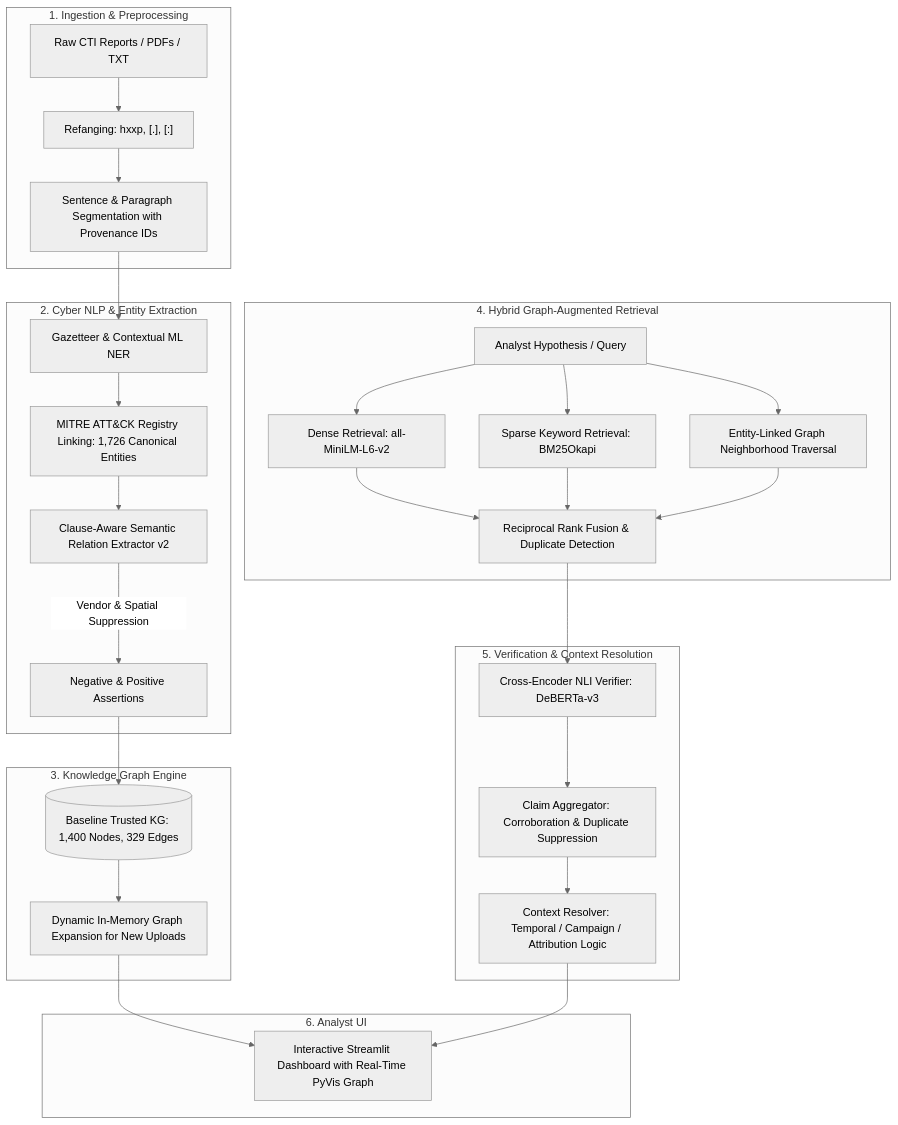
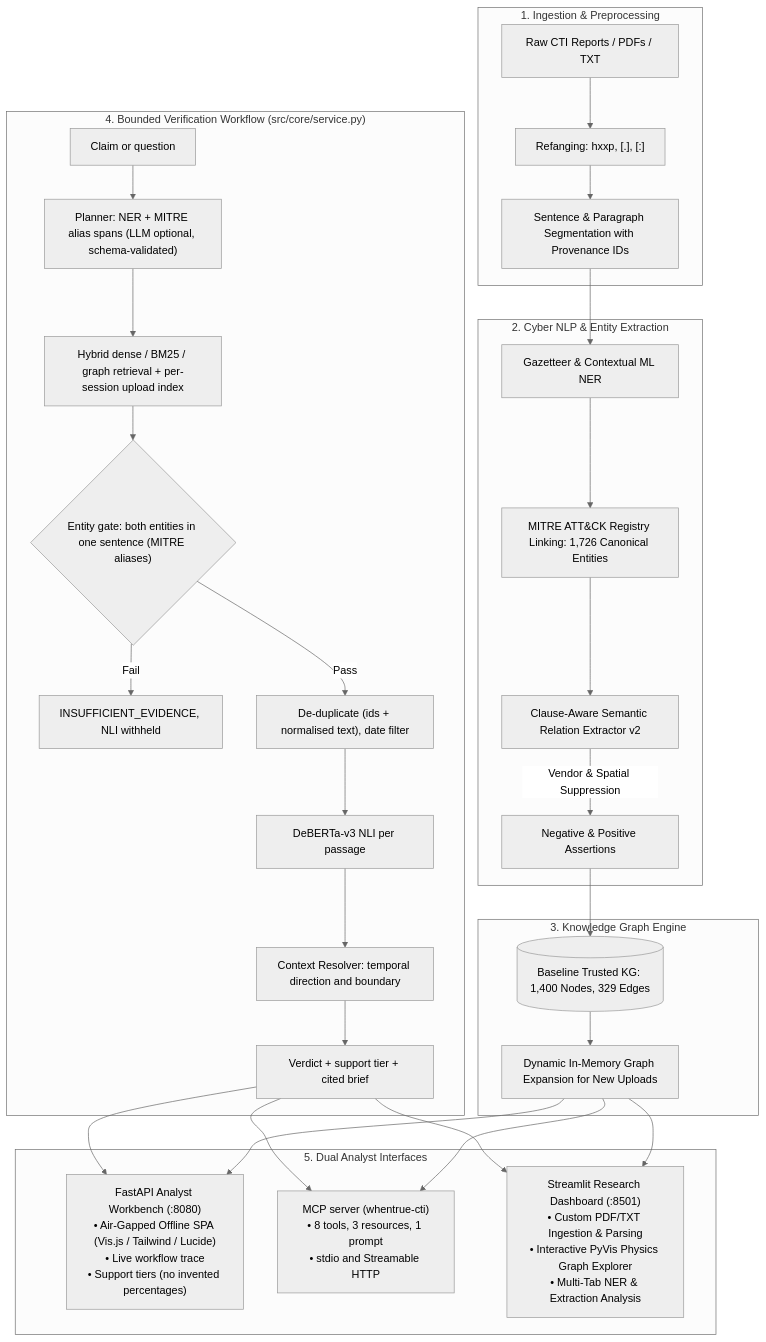
Before and after one commit to ashish-066/cyberrag: the diagram in README.md, drawn with Mermaid (neutral theme). The commit also changed other lines of this file and 74 other files, not shown here.

````diff
--- a/README.md
+++ b/README.md
@@ -30,36 +31,36 @@
 ```mermaid
 flowchart TD
     subgraph Ingestion ["1. Ingestion & Preprocessing"]
         A["Raw CTI Reports / PDFs / TXT"] --> B["Refanging: hxxp, [.], [:]"]
         B --> C["Sentence & Paragraph Segmentation with Provenance IDs"]
     end
 
     subgraph NLP ["2. Cyber NLP & Entity Extraction"]
         C --> D["Gazetteer & Contextual ML NER"]
         D --> E["MITRE ATT&CK Registry Linking: 1,726 Canonical Entities"]
         E --> F["Clause-Aware Semantic Relation Extractor v2"]
         F -->|Vendor & Spatial Suppression| G["Negative & Positive Assertions"]
     end
 
     subgraph KG ["3. Knowledge Graph Engine"]
         G --> H[("Baseline Trusted KG: 1,400 Nodes, 329 Edges")]
         H --> I["Dynamic In-Memory Graph Expansion for New Uploads"]
     end
 
-    subgraph Retrieval ["4. Hybrid Graph-Augmented Retrieval"]
-        J["Analyst Hypothesis / Query"] --> K1["Dense Retrieval: all-MiniLM-L6-v2"]
-        J --> K2["Sparse Keyword Retrieval: BM25Okapi"]
-        J --> K3["Entity-Linked Graph Neighborhood Traversal"]
-        K1 & K2 & K3 --> L["Reciprocal Rank Fusion & Duplicate Detection"]
+    subgraph Agent ["4. Bounded Verification Workflow (src/core/service.py)"]
+        J["Claim or question"] --> K["Planner: NER + MITRE alias spans (LLM optional, schema-validated)"]
+        K --> L["Hybrid dense / BM25 / graph retrieval + per-session upload index"]
+        L --> M{"Entity gate: both entities in one sentence (MITRE aliases)"}
+        M -->|Fail| P["INSUFFICIENT_EVIDENCE, NLI withheld"]
+        M -->|Pass| D1["De-duplicate (ids + normalised text), date filter"]
+        D1 --> N["DeBERTa-v3 NLI per passage"]
+        N --> Q["Context Resolver: temporal direction and boundary"]
+        Q --> R["Verdict + support tier + cited brief"]
     end
 
-    subgraph Verification ["5. Verification & Context Resolution"]
-        L --> M["Cross-Encoder NLI Verifier: DeBERTa-v3"]
-        M --> N["Claim Aggregator: Corroboration & Duplicate Suppression"]
-        N --> O["Context Resolver: Temporal / Campaign / Attribution Logic"]
-    end
-
-    subgraph Interface ["6. Analyst UI"]
-        I & O --> P["Interactive Streamlit Dashboard with Real-Time PyVis Graph"]
+    subgraph Interfaces ["5. Dual Analyst Interfaces"]
+        R & I --> S1["FastAPI Analyst Workbench (:8080)<br/>• Air-Gapped Offline SPA (Vis.js / Tailwind / Lucide)<br/>• Live workflow trace<br/>• Support tiers (no invented percentages)"]
+        R & I --> S3["MCP server (whentrue-cti)<br/>• 8 tools, 3 resources, 1 prompt<br/>• stdio and Streamable HTTP"]
+        R & I --> S2["Streamlit Research Dashboard (:8501)<br/>• Custom PDF/TXT Ingestion & Parsing<br/>• Interactive PyVis Physics Graph Explorer<br/>• Multi-Tab NER & Extraction Analysis"]
     end
 ```
````
